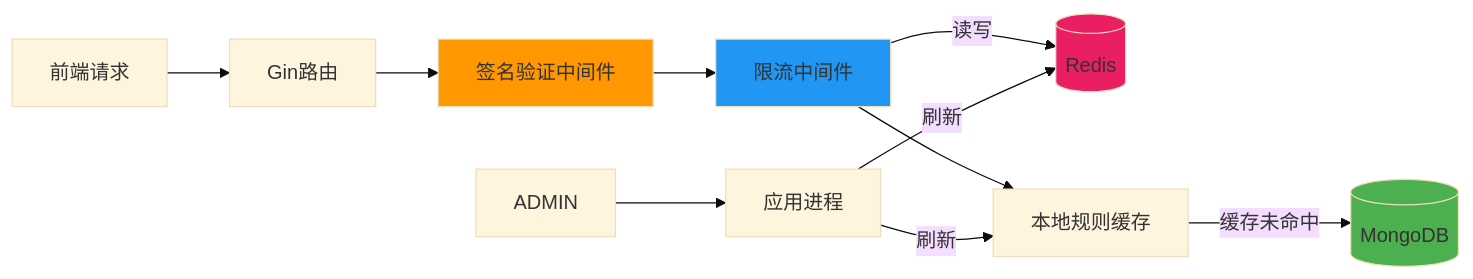
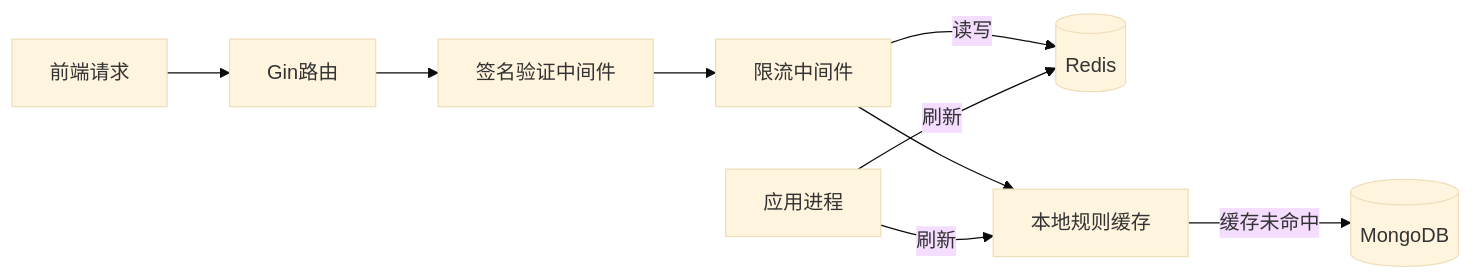
Before and after one commit to yingjianzh/iodraw-files: the diagram in all/未命名-2.md, drawn with Mermaid (base theme).

Commit message:
2025-10-13 16:23:56 update

````diff
--- a/all/未命名-2.md
+++ b/all/未命名-2.md
@@ -1,21 +1,15 @@
 ```mermaid
 flowchart LR
     FE[前端请求] --> GIN[Gin路由]
     GIN --> AUTH[签名验证中间件]
     AUTH --> RL[限流中间件]
     RL -->|读写| REDIS[(Redis)]
     RL --> CACHE[本地规则缓存]
     CACHE -->|缓存未命中| MONGO[(MongoDB)]
     
     
-    ADMIN --> APP
     APP[应用进程] -->|刷新| REDIS
     APP -->|刷新| CACHE
     
    
-    
-    style AUTH fill:#ff9800
-    style RL fill:#2196f3
-    style REDIS fill:#e91e63
-    style MONGO fill:#4caf50
 ```
````
